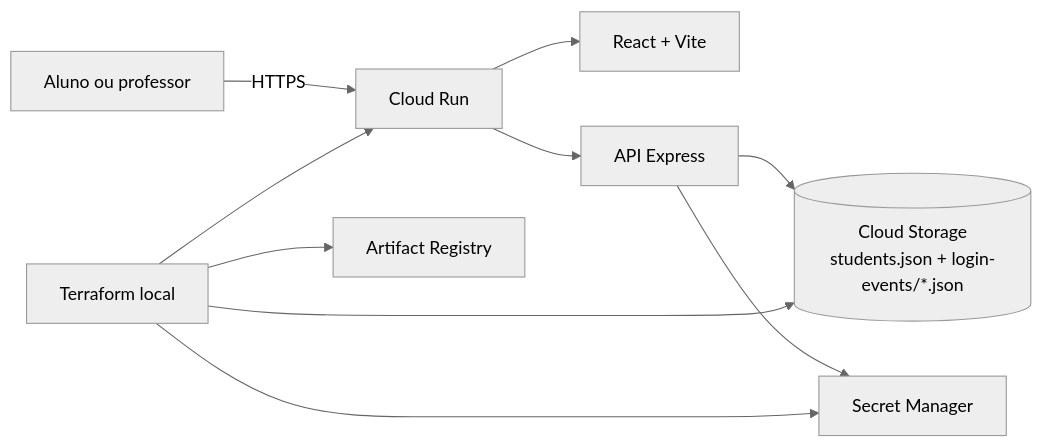
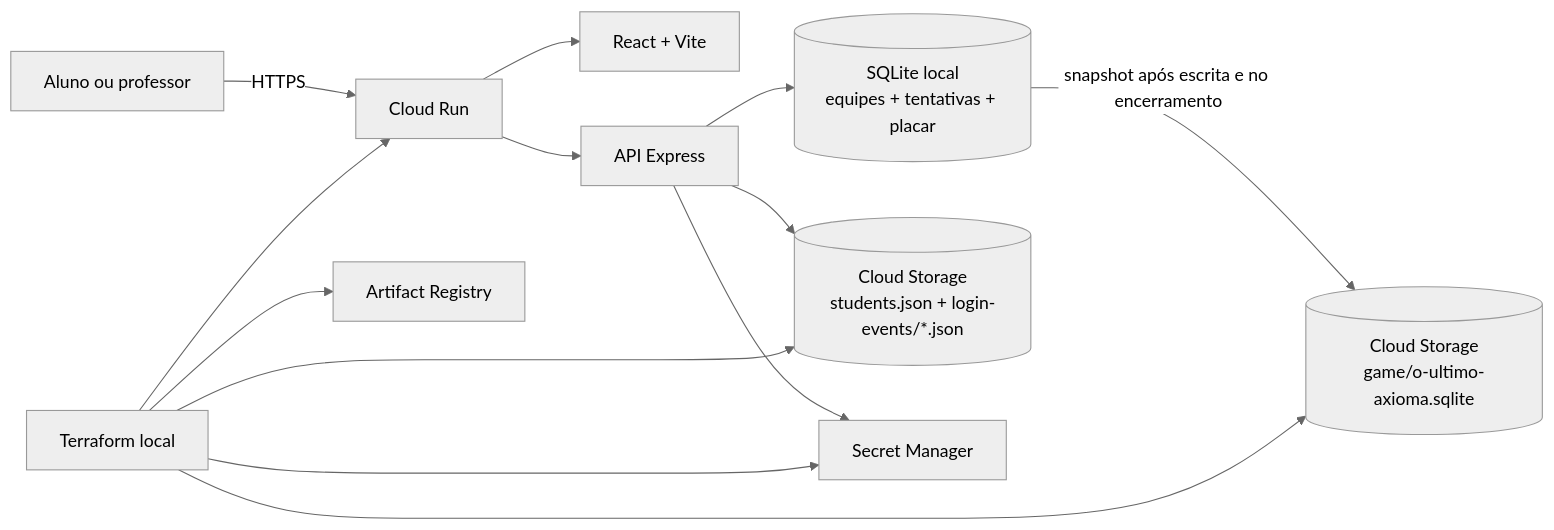
The diagram in README.md (ma-calijorne/mca-studios-educacionais), drawn with Mermaid (neutral theme) before and after one commit. The commit also changed other lines of this file and 25 other files, not shown here.

Commit message:
feat: add O Ultimo Axioma educational game

````diff
--- a/README.md
+++ b/README.md
@@ -56,12 +62,15 @@
 ```mermaid
 flowchart LR
     A[Aluno ou professor] -->|HTTPS| B[Cloud Run]
     B --> C[React + Vite]
     B --> D[API Express]
-    D --> E[(Cloud Storage\nstudents.json + login-events/*.json)]
-    D --> F[Secret Manager]
-    G[Terraform local] --> H[Artifact Registry]
-    G --> B
-    G --> E
-    G --> F
+    D --> E[(SQLite local\nequipes + tentativas + placar)]
+    E -->|snapshot após escrita e no encerramento| F[(Cloud Storage\ngame/o-ultimo-axioma.sqlite)]
+    D --> G[(Cloud Storage\nstudents.json + login-events/*.json)]
+    D --> H[Secret Manager]
+    I[Terraform local] --> J[Artifact Registry]
+    I --> B
+    I --> F
+    I --> G
+    I --> H
 ```
````
